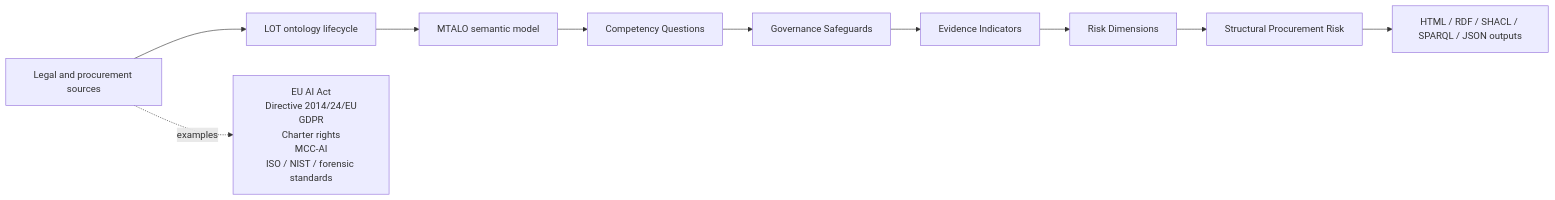
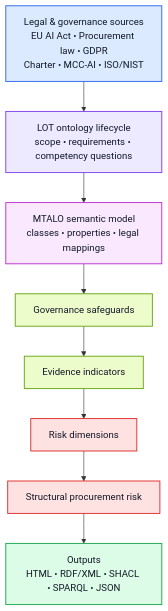
One commit to darren-mccabe/taf changed the diagram in README.md. Above: the diagram before and after it, drawn with Mermaid. The commit also changed other lines of this file, not shown here.

````diff
--- a/README.md
+++ b/README.md
@@ -70,12 +70,28 @@
 ```mermaid
-flowchart LR
-    A["Legal and procurement sources"] --> B["LOT ontology lifecycle"]
-    B --> C["MTALO semantic model"]
-    C --> D["Competency Questions"]
-    D --> E["Governance Safeguards"]
-    E --> F["Evidence Indicators"]
-    F --> G["Risk Dimensions"]
-    G --> H["Structural Procurement Risk"]
-    H --> I["HTML / RDF / SHACL / SPARQL / JSON outputs"]
-    A -. examples .-> A1["EU AI Act<br/>Directive 2014/24/EU<br/>GDPR<br/>Charter rights<br/>MCC-AI<br/>ISO / NIST / forensic standards"]
+flowchart TD
+
+    %% --- styles ---
+    classDef source fill:#dbeafe,stroke:#2563eb,stroke-width:1.5px,color:#111827;
+    classDef method fill:#ede9fe,stroke:#7c3aed,stroke-width:1.5px,color:#111827;
+    classDef model fill:#fae8ff,stroke:#c026d3,stroke-width:1.5px,color:#111827;
+    classDef process fill:#ecfccb,stroke:#65a30d,stroke-width:1.5px,color:#111827;
+    classDef risk fill:#fee2e2,stroke:#dc2626,stroke-width:1.5px,color:#111827;
+    classDef output fill:#dcfce7,stroke:#16a34a,stroke-width:1.5px,color:#111827;
+
+    A["Legal & governance sources<br/>EU AI Act • Procurement law • GDPR<br/>Charter • MCC-AI • ISO/NIST"]:::source
+    B["LOT ontology lifecycle<br/>scope • requirements • competency questions"]:::method
+    C["MTALO semantic model<br/>classes • properties • legal mappings"]:::model
+    D["Governance safeguards"]:::process
+    E["Evidence indicators"]:::process
+    F["Risk dimensions"]:::risk
+    G["Structural procurement risk"]:::risk
+    H["Outputs<br/>HTML • RDF/XML • SHACL • SPARQL • JSON"]:::output
+
+    A --> B
+    B --> C
+    C --> D
+    D --> E
+    E --> F
+    F --> G
+    G --> H
 ```
````
